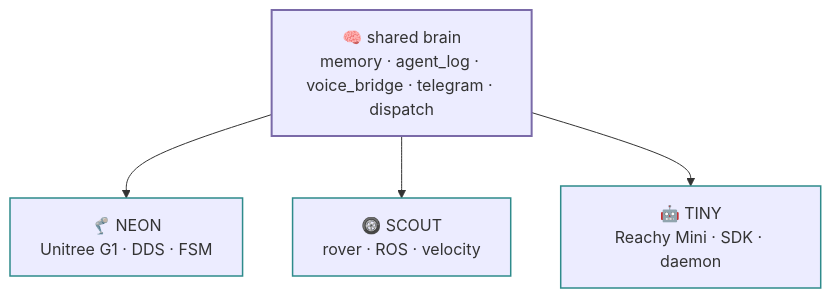
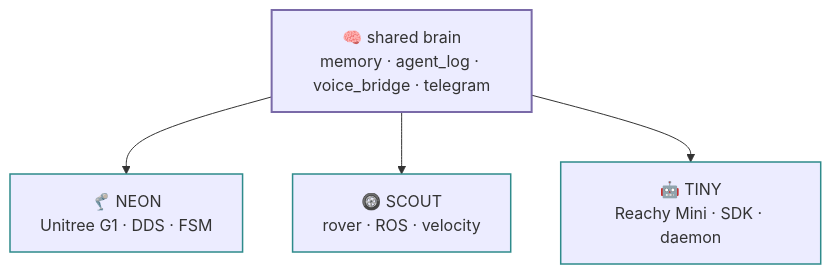
The diagram in docs/reference/family.md (cagataycali/tiny-the-reachy), drawn with Mermaid before and after one commit. The commit also changed other lines of this file and 24 other files, not shown here.

````diff
--- a/docs/reference/family.md
+++ b/docs/reference/family.md
@@ -21,11 +21,11 @@
 ```mermaid
 flowchart TB
-  BRAIN["🧠 shared brain<br/>memory · agent_log · voice_bridge · telegram · dispatch"]
+  BRAIN["🧠 shared brain<br/>memory · agent_log · voice_bridge · telegram"]
   BRAIN --> NEON["🦿 NEON<br/>Unitree G1 · DDS · FSM"]
   BRAIN --> SCOUT["🛞 SCOUT<br/>rover · ROS · velocity"]
   BRAIN --> TINY["🤖 TINY<br/>Reachy Mini · SDK · daemon"]
   classDef b stroke:#7a6aa8,stroke-width:2px
   classDef r stroke:#2e8b8b,stroke-width:1.5px
   class BRAIN b
   class NEON,SCOUT,TINY r
 ```
````
